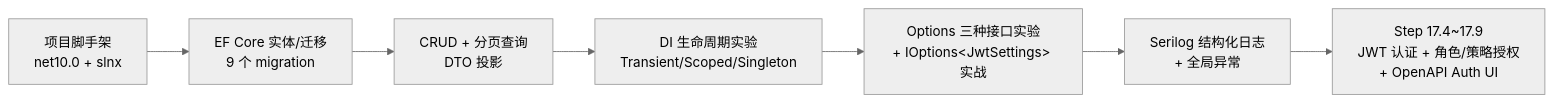
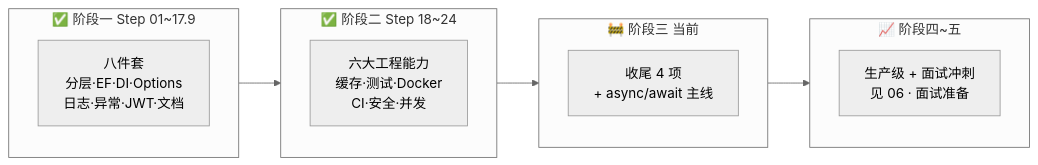
One commit to zhanbinb/OrderManagement changed the diagram in docs/学习笔记与路线图.md. Above: the diagram before and after it, drawn with Mermaid (neutral theme). The commit also changed other lines of this file and 19 other files, not shown here.

````diff
--- a/docs/学习笔记与路线图.md
+++ b/docs/学习笔记与路线图.md
@@ -218,9 +25,16 @@
 ```mermaid
 flowchart LR
-    A[项目脚手架<br/>net10.0 + slnx] --> B[EF Core 实体/迁移<br/>9 个 migration]
-    B --> C[CRUD + 分页查询<br/>DTO 投影]
-    C --> D[DI 生命周期实验<br/>Transient/Scoped/Singleton]
-    D --> E[Options 三种接口实验<br/>+ IOptions&lt;JwtSettings&gt; 实战]
-    E --> F[Serilog 结构化日志<br/>+ 全局异常]
-    F --> G[Step 17.4~17.9<br/>JWT 认证 + 角色/策略授权<br/>+ OpenAPI Auth UI]
+    subgraph S1[✅ 阶段一 Step 01~17.9]
+        A[八件套<br/>分层·EF·DI·Options<br/>日志·异常·JWT·文档]
+    end
+    subgraph S2[✅ 阶段二 Step 18~24]
+        B[六大工程能力<br/>缓存·测试·Docker<br/>CI·安全·并发]
+    end
+    subgraph S3[🚧 阶段三 当前]
+        C[收尾 4 项<br/>+ async/await 主线]
+    end
+    subgraph S4[📈 阶段四~五]
+        D[生产级 + 面试冲刺<br/>见 06 · 面试准备]
+    end
+    S1 --> S2 --> S3 --> S4
 ```
````
